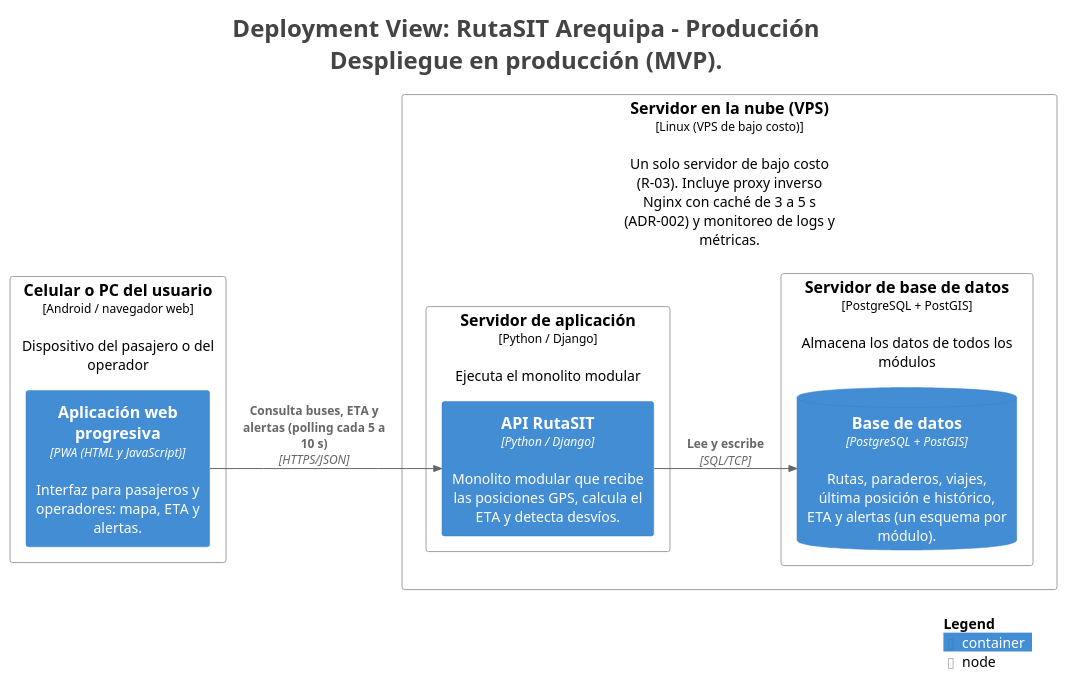
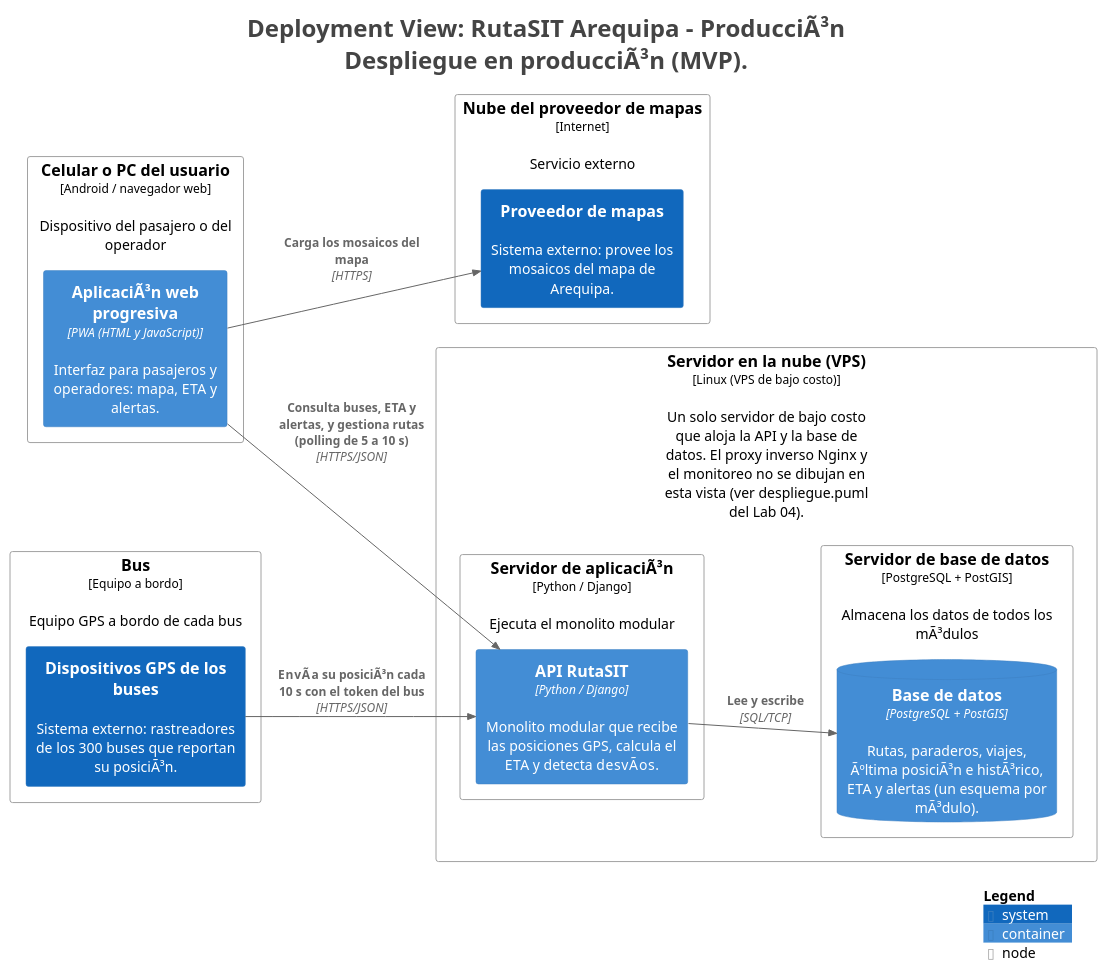
One commit to Camila-Alarico/cs-2026b-lab04--grupo06 changed the diagram in docs/architecture/c4/export/structurizr-Despliegue.puml. Above: the diagram before and after it, drawn with PlantUML. The commit also changed 15 other files, not shown here.

```diff
--- a/docs/architecture/c4/export/structurizr-Despliegue.puml
+++ b/docs/architecture/c4/export/structurizr-Despliegue.puml
@@ -1,39 +1,49 @@
 @startuml
-title <size:24>Deployment View: RutaSIT Arequipa - Producción</size>\n<size:24>Despliegue en producción (MVP).</size>
+title <size:24>Deployment View: RutaSIT Arequipa - ProducciÃ³n</size>\n<size:24>Despliegue en producciÃ³n (MVP).</size>
 
 set separator none
 left to right direction
 
 <style>
   root {
     BackgroundColor: #ffffff
     FontColor: #444444
   }
 </style>
 
 !include <C4/C4>
 !include <C4/C4_Context>
 !include <C4/C4_Container>
 !include <C4/C4_Deployment>
 
-Deployment_Node(Producción.CelularoPCdelusuario, "Celular o PC del usuario", $type="Android / navegador web", $descr="Dispositivo del pasajero o del operador", $tags="", $link="") {
-  Container(Producción.CelularoPCdelusuario.Aplicaciónwebprogresiva_1, "Aplicación web progresiva", $techn="PWA (HTML y JavaScript)", $descr="Interfaz para pasajeros y operadores: mapa, ETA y alertas.", $tags="", $link="")
+Deployment_Node(ProducciÃn.CelularoPCdelusuario, "Celular o PC del usuario", $type="Android / navegador web", $descr="Dispositivo del pasajero o del operador", $tags="", $link="") {
+  Container(ProducciÃn.CelularoPCdelusuario.AplicaciÃnwebprogresiva_1, "AplicaciÃ³n web progresiva", $techn="PWA (HTML y JavaScript)", $descr="Interfaz para pasajeros y operadores: mapa, ETA y alertas.", $tags="", $link="")
 }
 
-Deployment_Node(Producción.ServidorenlanubeVPS, "Servidor en la nube (VPS)", $type="Linux (VPS de bajo costo)", $descr="Un solo servidor de bajo costo (R-03). Incluye proxy inverso Nginx con caché de 3 a 5 s (ADR-002) y monitoreo de logs y métricas.", $tags="", $link="") {
-  Deployment_Node(Producción.ServidorenlanubeVPS.Servidordeaplicación, "Servidor de aplicación", $type="Python / Django", $descr="Ejecuta el monolito modular", $tags="", $link="") {
-    Container(Producción.ServidorenlanubeVPS.Servidordeaplicación.APIRutaSIT_1, "API RutaSIT", $techn="Python / Django", $descr="Monolito modular que recibe las posiciones GPS, calcula el ETA y detecta desvíos.", $tags="", $link="")
+Deployment_Node(ProducciÃn.Bus, "Bus", $type="Equipo a bordo", $descr="Equipo GPS a bordo de cada bus", $tags="", $link="") {
+  System(ProducciÃn.Bus.DispositivosGPSdelosbuses_1, "Dispositivos GPS de los buses", $descr="Sistema externo: rastreadores de los 300 buses que reportan su posiciÃ³n.", $tags="", $link="")
+}
+
+Deployment_Node(ProducciÃn.ServidorenlanubeVPS, "Servidor en la nube (VPS)", $type="Linux (VPS de bajo costo)", $descr="Un solo servidor de bajo costo que aloja la API y la base de datos. El proxy inverso Nginx y el monitoreo no se dibujan en esta vista (ver despliegue.puml del Lab 04).", $tags="", $link="") {
+  Deployment_Node(ProducciÃn.ServidorenlanubeVPS.ServidordeaplicaciÃn, "Servidor de aplicaciÃ³n", $type="Python / Django", $descr="Ejecuta el monolito modular", $tags="", $link="") {
+    Container(ProducciÃn.ServidorenlanubeVPS.ServidordeaplicaciÃn.APIRutaSIT_1, "API RutaSIT", $techn="Python / Django", $descr="Monolito modular que recibe las posiciones GPS, calcula el ETA y detecta desvÃ­os.", $tags="", $link="")
   }
 
-  Deployment_Node(Producción.ServidorenlanubeVPS.Servidordebasededatos, "Servidor de base de datos", $type="PostgreSQL + PostGIS", $descr="Almacena los datos de todos los módulos", $tags="", $link="") {
-    ContainerDb(Producción.ServidorenlanubeVPS.Servidordebasededatos.Basededatos_1, "Base de datos", $techn="PostgreSQL + PostGIS", $descr="Rutas, paraderos, viajes, última posición e histórico, ETA y alertas (un esquema por módulo).", $tags="", $link="")
+  Deployment_Node(ProducciÃn.ServidorenlanubeVPS.Servidordebasededatos, "Servidor de base de datos", $type="PostgreSQL + PostGIS", $descr="Almacena los datos de todos los mÃ³dulos", $tags="", $link="") {
+    ContainerDb(ProducciÃn.ServidorenlanubeVPS.Servidordebasededatos.Basededatos_1, "Base de datos", $techn="PostgreSQL + PostGIS", $descr="Rutas, paraderos, viajes, Ãºltima posiciÃ³n e histÃ³rico, ETA y alertas (un esquema por mÃ³dulo).", $tags="", $link="")
   }
 
 }
 
-Rel(Producción.CelularoPCdelusuario.Aplicaciónwebprogresiva_1, Producción.ServidorenlanubeVPS.Servidordeaplicación.APIRutaSIT_1, "Consulta buses, ETA y alertas (polling cada 5 a 10 s)", $techn="HTTPS/JSON", $tags="", $link="")
-Rel(Producción.ServidorenlanubeVPS.Servidordeaplicación.APIRutaSIT_1, Producción.ServidorenlanubeVPS.Servidordebasededatos.Basededatos_1, "Lee y escribe", $techn="SQL/TCP", $tags="", $link="")
+Deployment_Node(ProducciÃn.Nubedelproveedordemapas, "Nube del proveedor de mapas", $type="Internet", $descr="Servicio externo", $tags="", $link="") {
+  System(ProducciÃn.Nubedelproveedordemapas.Proveedordemapas_1, "Proveedor de mapas", $descr="Sistema externo: provee los mosaicos del mapa de Arequipa.", $tags="", $link="")
+}
+
+Rel(ProducciÃn.CelularoPCdelusuario.AplicaciÃnwebprogresiva_1, ProducciÃn.ServidorenlanubeVPS.ServidordeaplicaciÃn.APIRutaSIT_1, "Consulta buses, ETA y alertas, y gestiona rutas (polling de 5 a 10 s)", $techn="HTTPS/JSON", $tags="", $link="")
+Rel(ProducciÃn.Bus.DispositivosGPSdelosbuses_1, ProducciÃn.ServidorenlanubeVPS.ServidordeaplicaciÃn.APIRutaSIT_1, "EnvÃ­a su posiciÃ³n cada 10 s con el token del bus", $techn="HTTPS/JSON", $tags="", $link="")
+Rel(ProducciÃn.ServidorenlanubeVPS.ServidordeaplicaciÃn.APIRutaSIT_1, ProducciÃn.ServidorenlanubeVPS.Servidordebasededatos.Basededatos_1, "Lee y escribe", $techn="SQL/TCP", $tags="", $link="")
+Rel(ProducciÃn.CelularoPCdelusuario.AplicaciÃnwebprogresiva_1, ProducciÃn.Nubedelproveedordemapas.Proveedordemapas_1, "Carga los mosaicos del mapa", $techn="HTTPS", $tags="", $link="")
 
 SHOW_LEGEND(true)
 hide stereotypes
 @enduml
```
